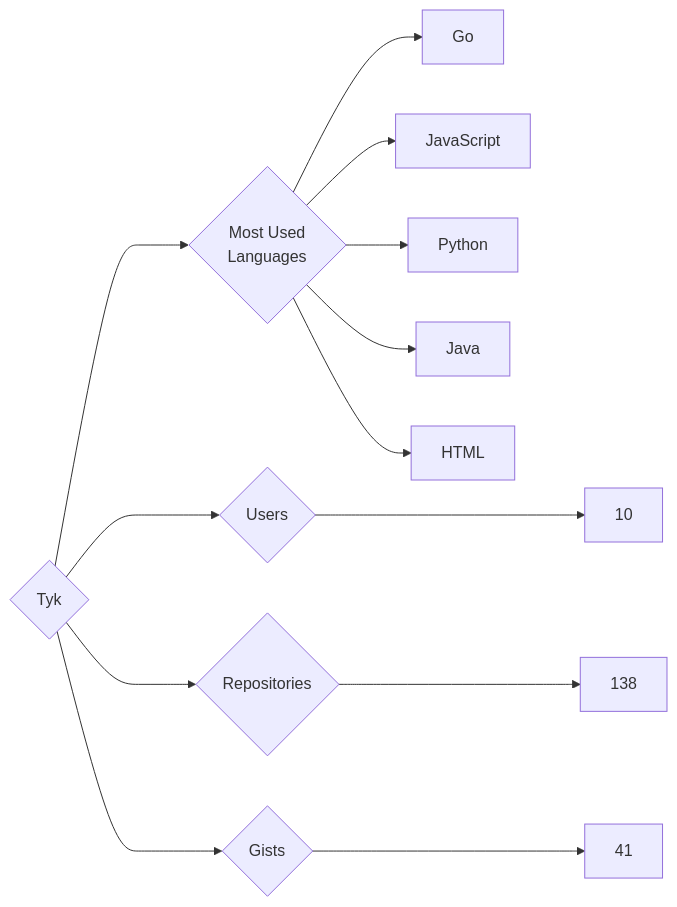
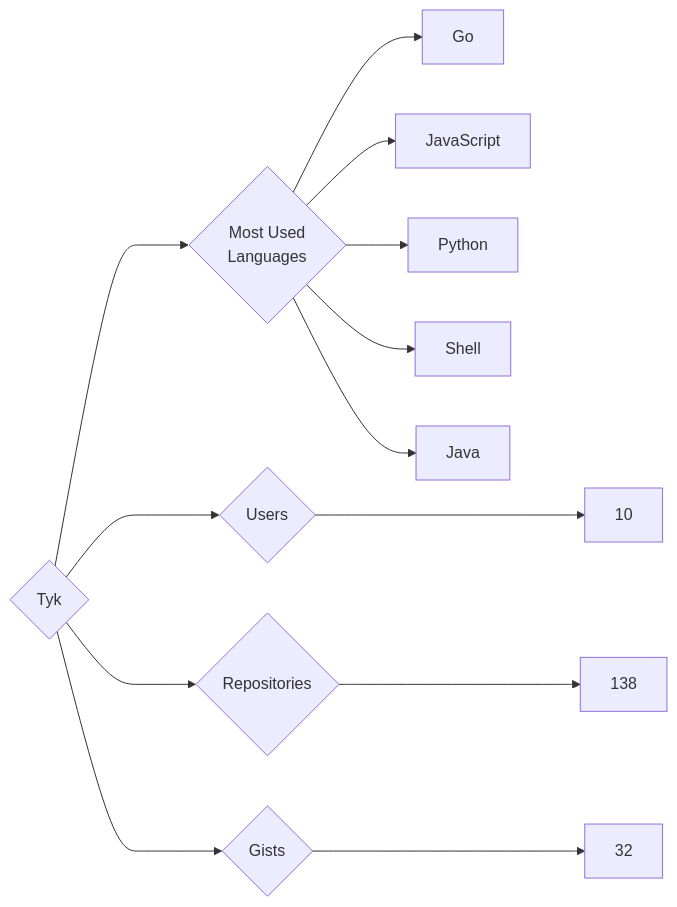
The diagram in targets/Tyk/README.md (trickest/insiders), drawn with Mermaid before and after one commit. The commit also changed 871 other files, not shown here.

````diff
--- a/targets/Tyk/README.md
+++ b/targets/Tyk/README.md
@@ -3,13 +3,13 @@
 ```mermaid
 graph LR
 COMPANY_NAME{Tyk}
 COMPANY_NAME ---> U{Users} ---> UN[10]
 COMPANY_NAME ---> R{Repositories} ---> RN[138]
-COMPANY_NAME ---> G{Gists} ---> GN[41]
+COMPANY_NAME ---> G{Gists} ---> GN[32]
 COMPANY_NAME ---> ML{Most Used<br>Languages}
 ML --> Go[Go]
 ML --> JavaScript[JavaScript]
 ML --> Python[Python]
+ML --> Shell[Shell]
 ML --> Java[Java]
-ML --> HTML[HTML]
 ```
````
